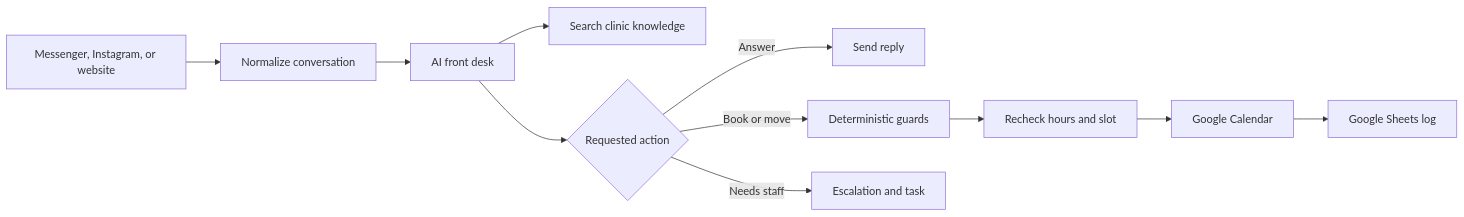
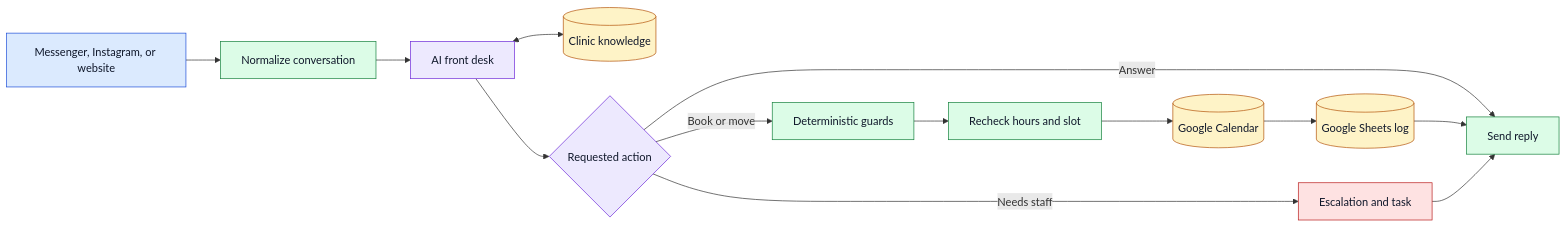
One commit to a3s5jj/dental-ai-frontdesk-oss changed the diagram in README.md. Above: the diagram before and after it, drawn with Mermaid.

Commit message:
Improve README flow diagram accuracy and legibility
Correct the architecture the diagram describes, and add a shared semantic
palette that specifies fill, stroke and text color together so labels stay
readable in both GitHub light and dark themes.

````diff
--- a/README.md
+++ b/README.md
@@ -24,13 +24,26 @@
 ```mermaid
 flowchart LR
   A[Messenger, Instagram, or website] --> B[Normalize conversation]
   B --> C[AI front desk]
-  C --> D[Search clinic knowledge]
+  C <--> D[(Clinic knowledge)]
   C --> E{Requested action}
-  E -->|Answer| F[Send reply]
+  E -->|Answer| R[Send reply]
   E -->|Book or move| G[Deterministic guards]
   G --> H[Recheck hours and slot]
-  H --> I[Google Calendar]
-  I --> J[Google Sheets log]
+  H --> I[(Google Calendar)]
+  I --> J[(Google Sheets log)]
+  J --> R
   E -->|Needs staff| K[Escalation and task]
+  K --> R
+
+  classDef entry fill:#dbeafe,stroke:#1d4ed8,color:#0f172a
+  classDef ai fill:#ede9fe,stroke:#6d28d9,color:#0f172a
+  classDef logic fill:#dcfce7,stroke:#15803d,color:#0f172a
+  classDef ext fill:#fef3c7,stroke:#b45309,color:#0f172a
+  classDef stop fill:#fee2e2,stroke:#b91c1c,color:#0f172a
+  class A entry
+  class C,E ai
+  class B,G,H,R logic
+  class D,I,J ext
+  class K stop
 ```
````
